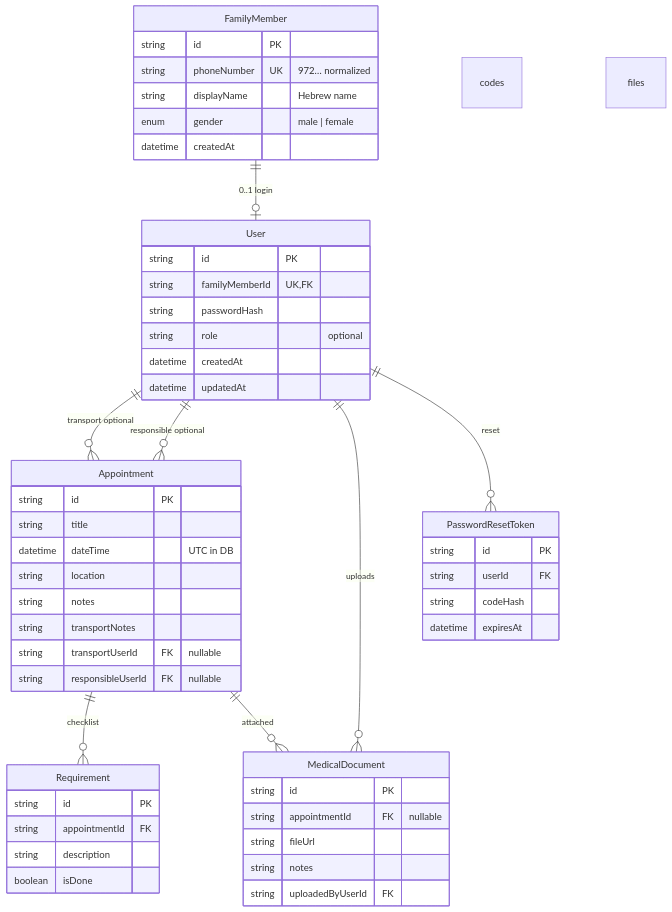
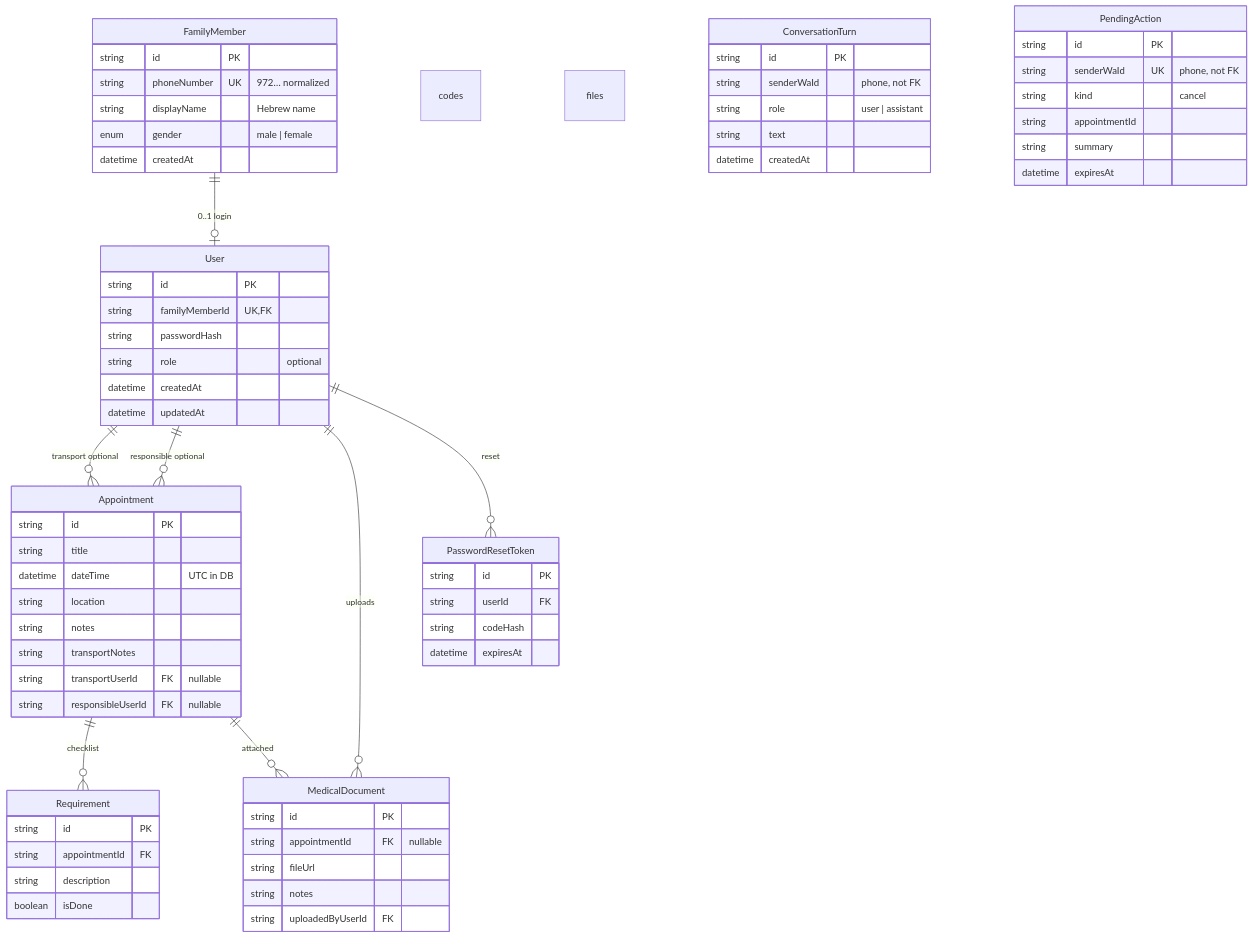
One commit to stavbarak/medflow-ai changed the second of 7 diagrams in summaries/database-schema-and-connections.md. Above: the diagram before and after it, drawn with Mermaid. The commit also changed other lines of this file and 6 other files, not shown here.

````diff
--- a/summaries/database-schema-and-connections.md
+++ b/summaries/database-schema-and-connections.md
@@ -66,60 +71,77 @@
 ```mermaid
 erDiagram
   FamilyMember ||--o| User : "0..1 login"
   User ||--o{ Appointment : "transport optional"
   User ||--o{ Appointment : "responsible optional"
   User ||--o{ MedicalDocument : uploads
   User ||--o{ PasswordResetToken : reset codes
   Appointment ||--o{ Requirement : checklist
   Appointment ||--o{ MedicalDocument : attached files
 
   FamilyMember {
     string id PK
     string phoneNumber UK "972… normalized"
     string displayName "Hebrew name"
     enum gender "male | female"
     datetime createdAt
   }
 
   User {
     string id PK
     string familyMemberId UK,FK
     string passwordHash
     string role "optional"
     datetime createdAt
     datetime updatedAt
   }
 
   Appointment {
     string id PK
     string title
     datetime dateTime "UTC in DB"
     string location
     string notes
     string transportNotes
     string transportUserId FK "nullable"
     string responsibleUserId FK "nullable"
   }
 
   Requirement {
     string id PK
     string appointmentId FK
     string description
     boolean isDone
   }
 
   MedicalDocument {
     string id PK
     string appointmentId FK "nullable"
     string fileUrl
     string notes
     string uploadedByUserId FK
   }
 
   PasswordResetToken {
     string id PK
     string userId FK
     string codeHash
     datetime expiresAt
   }
+
+  ConversationTurn {
+    string id PK
+    string senderWaId "phone, not FK"
+    string role "user | assistant"
+    string text
+    datetime createdAt
+  }
+
+  PendingAction {
+    string id PK
+    string senderWaId UK "phone, not FK"
+    string kind "cancel"
+    string appointmentId
+    string summary
+    datetime expiresAt
+  }
 ```
````
